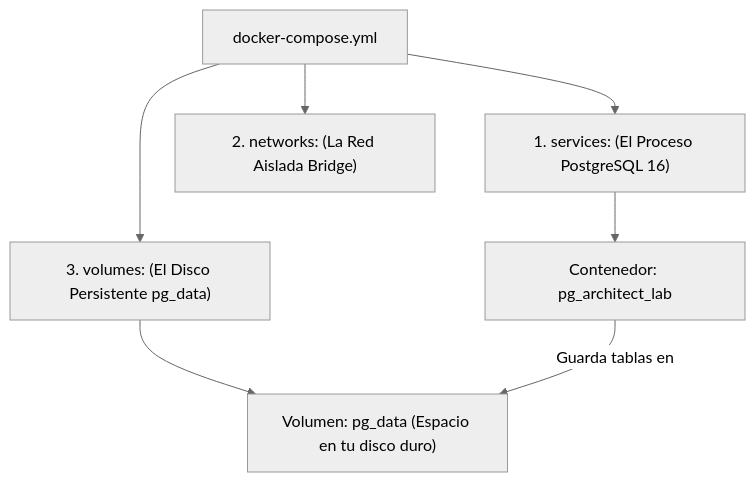
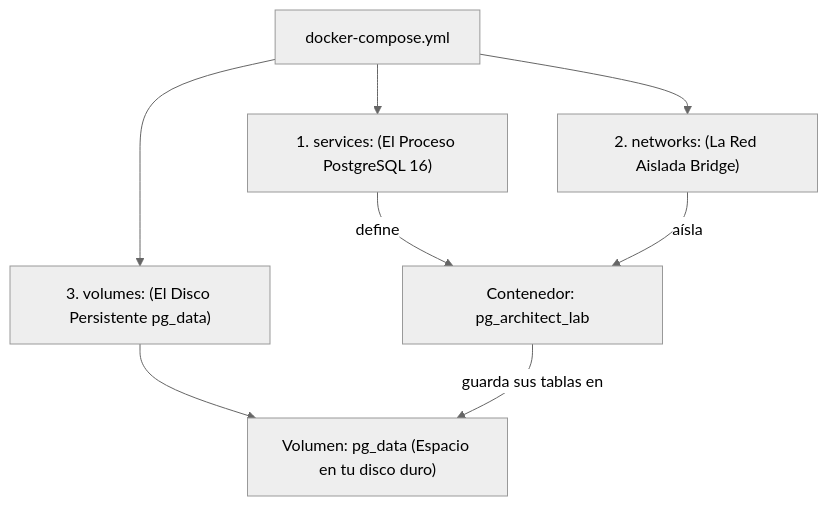
One commit to Slinkter/ApuntesSQL changed the first of 3 diagrams in Lab/Lab01/1.Guia/0.Guia_Docker_AWS.md. Above: the diagram before and after it, drawn with Mermaid (neutral theme). The commit also changed other lines of this file and 3 other files, not shown here.

````diff
--- a/Lab/Lab01/1.Guia/0.Guia_Docker_AWS.md
+++ b/Lab/Lab01/1.Guia/0.Guia_Docker_AWS.md
@@ -245,10 +245,12 @@
 ```mermaid
 graph TD
-    Compose["docker-compose.yml"] --> S["1. services: (El Proceso PostgreSQL 16)"]
+    Compose["docker-compose.yml"]
+    Compose --> S["1. services: (El Proceso PostgreSQL 16)"]
     Compose --> N["2. networks: (La Red Aislada Bridge)"]
     Compose --> V["3. volumes: (El Disco Persistente pg_data)"]
 
-    S --> PG["Contenedor: pg_architect_lab"]
+    S -->|define| PG["Contenedor: pg_architect_lab"]
+    N -->|aísla| PG
     V --> Disk["Volumen: pg_data (Espacio en tu disco duro)"]
-    PG -->|Guarda tablas en| Disk
+    PG -->|guarda sus tablas en| Disk
 ```
````
